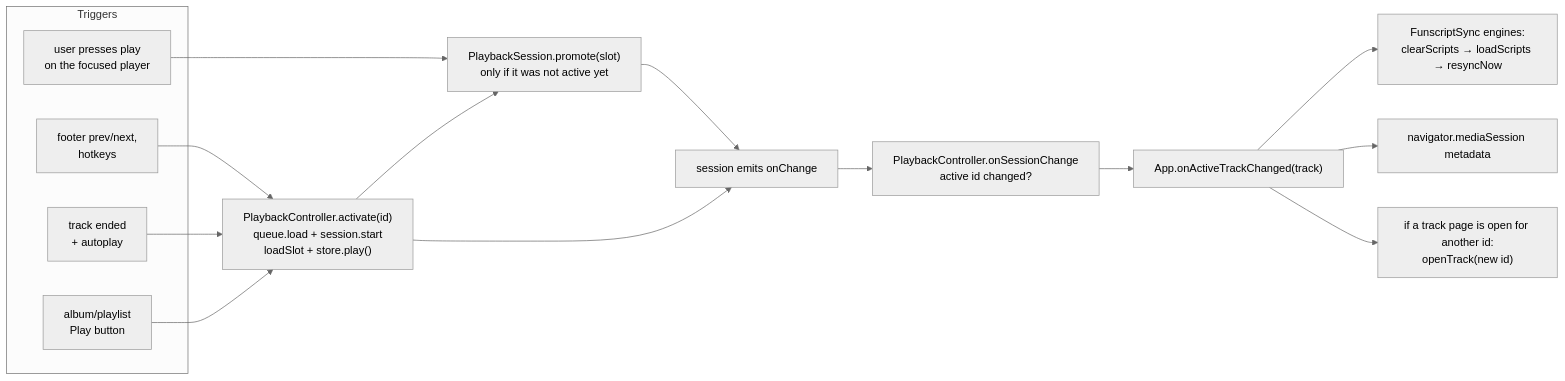
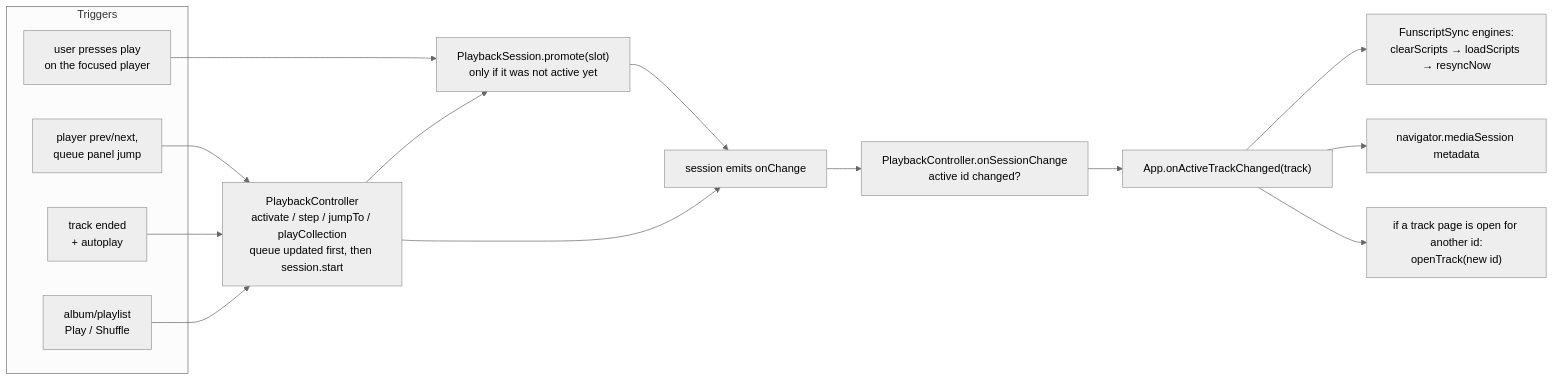
One commit to lumbar-spine-support/docker-haptic-player changed the fifth of 5 diagrams in docs/developer/client.md. Above: the diagram before and after it, drawn with Mermaid (neutral theme). The commit also changed other lines of this file and 5 other files, not shown here.

First line of the commit message:
docs: playback queue, queue panel and saving as a playlist

````diff
--- a/docs/developer/client.md
+++ b/docs/developer/client.md
@@ -205,19 +206,19 @@
 ```mermaid
 flowchart LR
   subgraph triggers["Triggers"]
     Play["user presses play<br/>on the focused player"]
-    Step["footer prev/next,<br/>hotkeys"]
+    Step["player prev/next,<br/>queue panel jump"]
     Ended["track ended<br/>+ autoplay"]
-    Detail["album/playlist<br/>Play button"]
+    Detail["album/playlist<br/>Play / Shuffle"]
   end
   Play --> Promote["PlaybackSession.promote(slot)<br/>only if it was not active yet"]
-  Step & Ended & Detail --> Activate["PlaybackController.activate(id)<br/>queue.load + session.start<br/>loadSlot + store.play()"]
+  Step & Ended & Detail --> Activate["PlaybackController<br/>activate / step / jumpTo / playCollection<br/>queue updated first, then session.start"]
   Activate --> Promote
   Activate --> Emit
   Promote --> Emit["session emits onChange"]
   Emit --> CtrlChange["PlaybackController.onSessionChange<br/>active id changed?"]
   CtrlChange --> OnActive["App.onActiveTrackChanged(track)"]
   OnActive --> Engines["FunscriptSync engines:<br/>clearScripts → loadScripts → resyncNow"]
   OnActive --> MediaSession["navigator.mediaSession metadata"]
   OnActive --> Follow["if a track page is open for another id:<br/>openTrack(new id)"]
 ```
````
